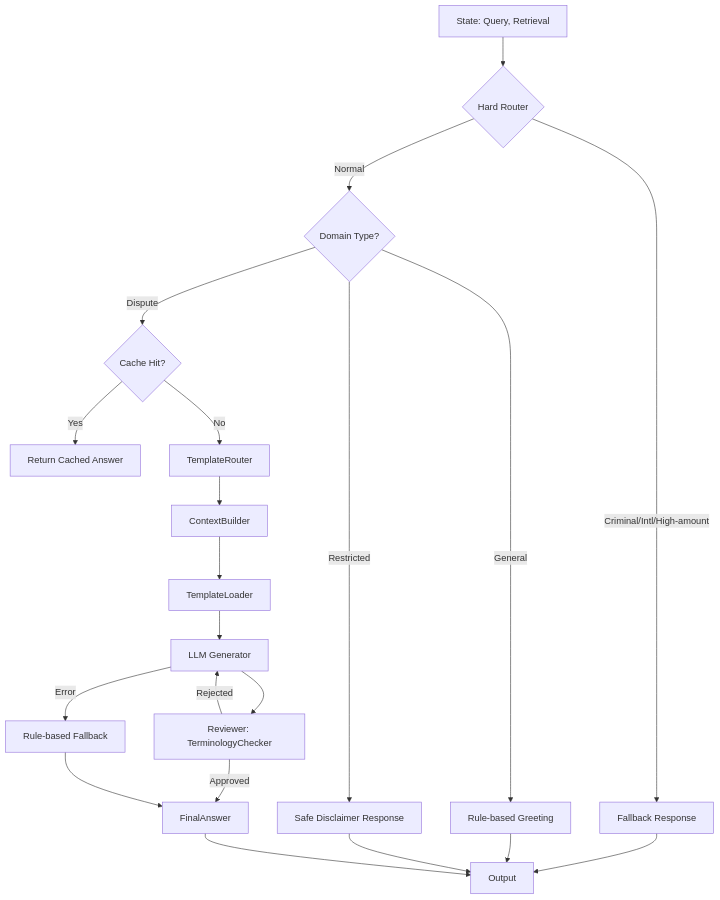
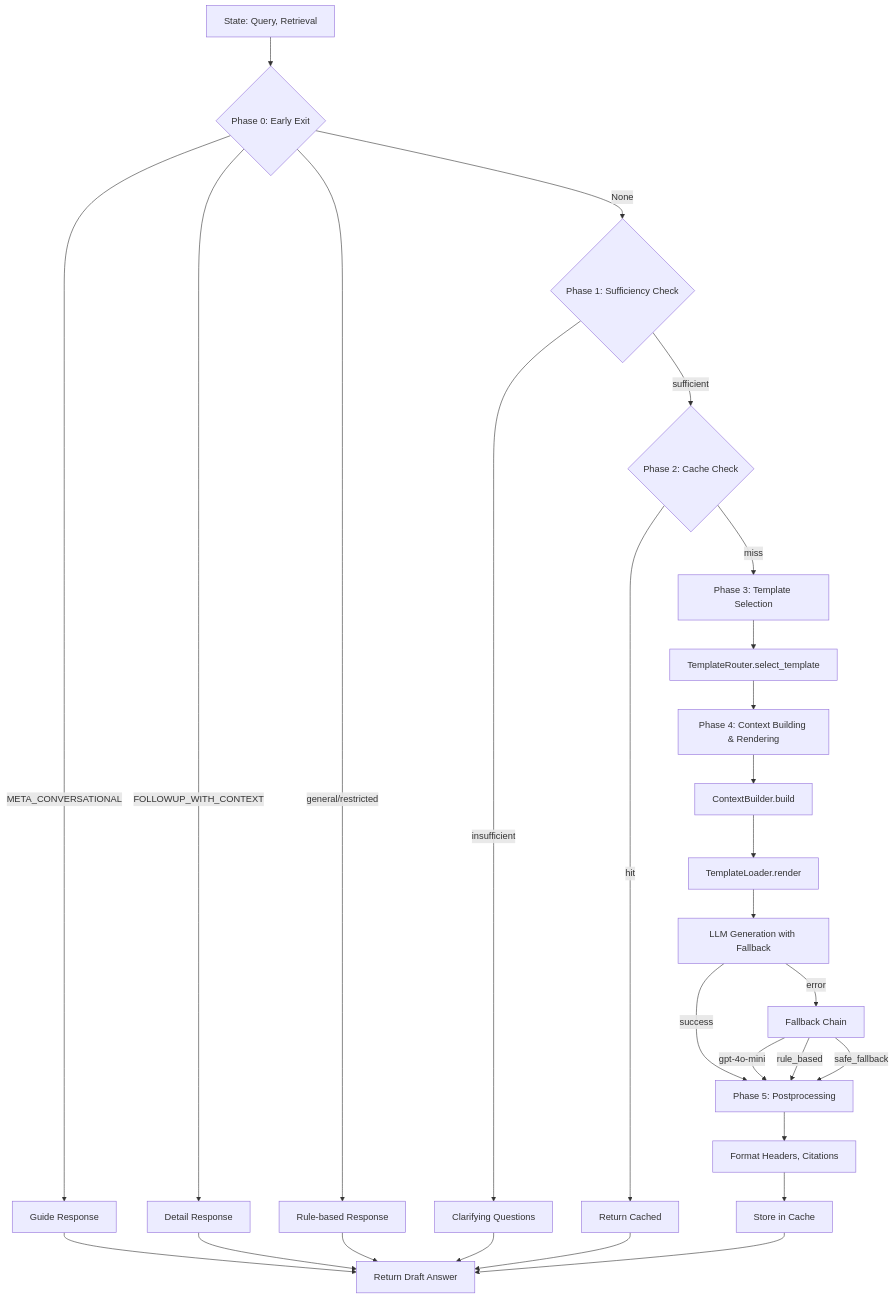
One commit to Maroco0109/Ddoksori changed the diagram in backend/app/agents/answer_generation/README.md. Above: the diagram before and after it, drawn with Mermaid. The commit also changed other lines of this file and 9 other files, not shown here.

````diff
--- a/backend/app/agents/answer_generation/README.md
+++ b/backend/app/agents/answer_generation/README.md
@@ -38,30 +21,40 @@
 ```mermaid
 flowchart TD
-    Input[State: Query, Retrieval] --> HardRouter{Hard Router}
+    Start[State: Query, Retrieval] --> Phase0{Phase 0: Early Exit}
 
-    HardRouter -- Criminal/Intl/High-amount --> Fallback[Fallback Response]
-    HardRouter -- Normal --> Router{Domain Type?}
+    Phase0 -- META_CONVERSATIONAL --> MetaResponse[Guide Response]
+    Phase0 -- FOLLOWUP_WITH_CONTEXT --> FollowupDetail[Detail Response]
+    Phase0 -- general/restricted --> RuleResponse[Rule-based Response]
+    Phase0 -- None --> Phase1
 
-    Router -- General --> GeneralRule[Rule-based Greeting]
-    Router -- Restricted --> RestrictedResp[Safe Disclaimer Response]
-    Router -- Dispute --> CacheCheck{Cache Hit?}
+    Phase1{Phase 1: Sufficiency Check} -- insufficient --> InsufficientMsg[Clarifying Questions]
+    Phase1 -- sufficient --> Phase2
 
-    CacheCheck -- Yes --> CachedResp[Return Cached Answer]
-    CacheCheck -- No --> TemplateRouter[TemplateRouter]
+    Phase2{Phase 2: Cache Check} -- hit --> CachedAnswer[Return Cached]
+    Phase2 -- miss --> Phase3
 
-    TemplateRouter --> ContextBuilder[ContextBuilder]
-    ContextBuilder --> TemplateLoader[TemplateLoader]
-    TemplateLoader --> Generator[LLM Generator]
+    Phase3[Phase 3: Template Selection]
+    Phase3 --> Router[TemplateRouter.select_template]
+    Router --> Phase4[Phase 4: Context Building & Rendering]
 
-    Generator --> Reviewer[Reviewer: TerminologyChecker]
-    Reviewer -- Rejected --> Generator
-    Reviewer -- Approved --> FinalAnswer
+    Phase4 --> ContextBuilder[ContextBuilder.build]
+    ContextBuilder --> TemplateLoader[TemplateLoader.render]
+    TemplateLoader --> LLMGen[LLM Generation with Fallback]
 
-    Generator -- Error --> RuleFallback[Rule-based Fallback]
+    LLMGen -- success --> Phase5[Phase 5: Postprocessing]
+    LLMGen -- error --> FallbackChain[Fallback Chain]
 
-    RuleFallback --> FinalAnswer
-    Fallback --> Output
-    GeneralRule --> Output
-    RestrictedResp --> Output
-    FinalAnswer --> Output
+    FallbackChain -- gpt-4o-mini --> Phase5
+    FallbackChain -- rule_based --> Phase5
+    FallbackChain -- safe_fallback --> Phase5
+
+    Phase5 --> Postprocessor[Format Headers, Citations]
+    Postprocessor --> CacheStore[Store in Cache]
+    CacheStore --> Output[Return Draft Answer]
+
+    MetaResponse --> Output
+    FollowupDetail --> Output
+    RuleResponse --> Output
+    InsufficientMsg --> Output
+    CachedAnswer --> Output
 ```
````
